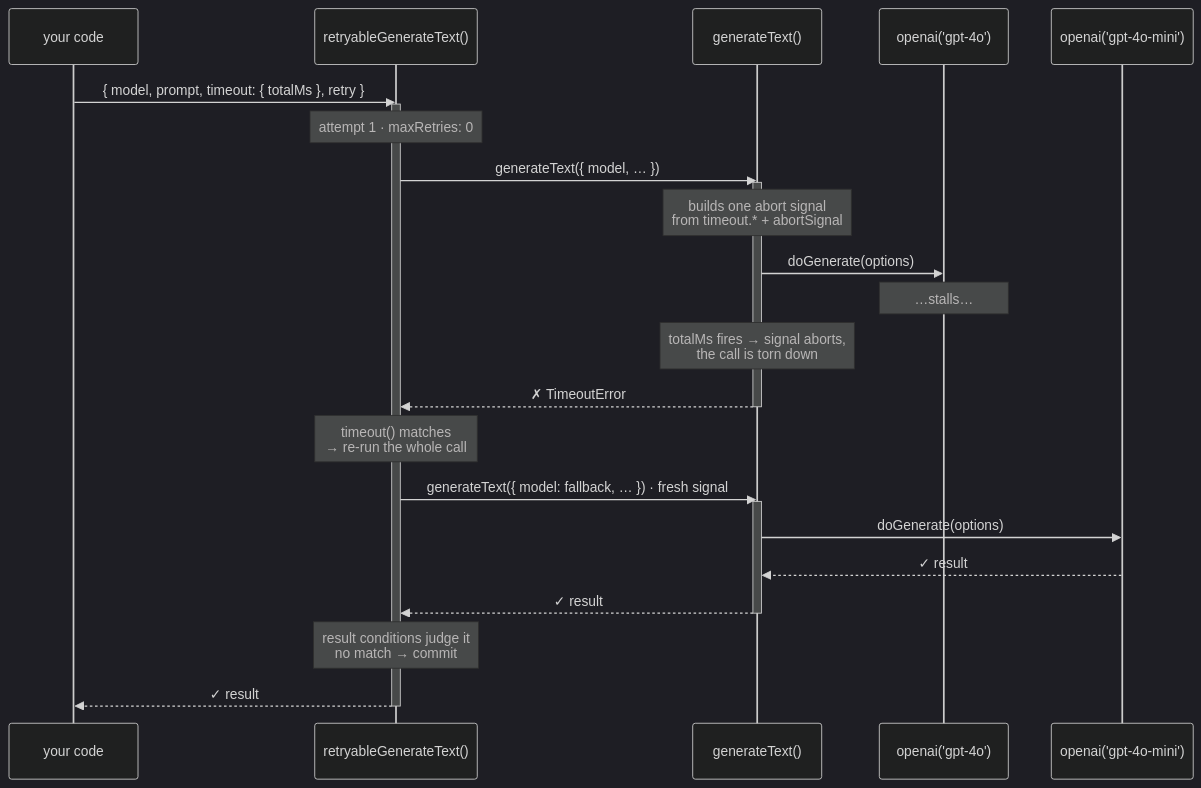
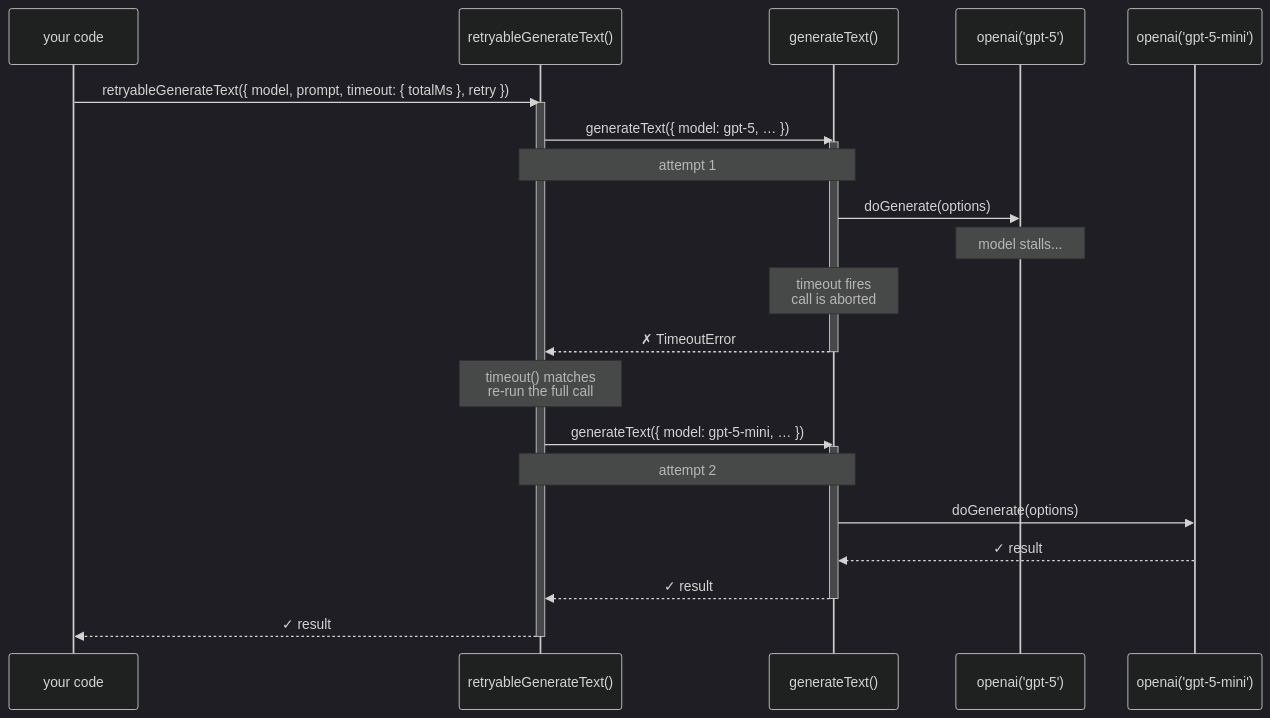
The second of 2 diagrams in README.md (zirkelc/ai-retry), drawn with Mermaid (dark theme) before and after one commit. The commit also changed other lines of this file, not shown here.

````diff
--- a/README.md
+++ b/README.md
@@ -70,34 +69,33 @@
 ```mermaid
 sequenceDiagram
     participant You as your code
     participant RC as retryableGenerateText()
     participant SDK as generateText()
-    participant M as openai('gpt-4o')
-    participant F as openai('gpt-4o-mini')
+    participant M as openai('gpt-5')
+    participant F as openai('gpt-5-mini')
 
-    You->>RC: { model, prompt, timeout: { totalMs }, retry }
+    You->>RC: retryableGenerateText({ model, prompt, timeout: { totalMs }, retry })
     activate RC
-    Note over RC: attempt 1 · maxRetries: 0
-
-    RC->>SDK: generateText({ model, … })
+    
+    RC->>SDK: generateText({ model: gpt-5, … })
     activate SDK
-    Note over SDK: builds one abort signal<br/>from timeout.* + abortSignal
+    Note over RC,SDK: attempt 1
     SDK->>M: doGenerate(options)
-    Note over M: …stalls…
-    Note over SDK: totalMs fires → signal aborts,<br/>the call is torn down
+    Note over M: model stalls...
+    Note over SDK: timeout fires <br/>call is aborted
     SDK-->>RC: ✗ TimeoutError
     deactivate SDK
 
-    Note over RC: timeout() matches<br/>→ re-run the whole call
+    Note over RC: timeout() matches<br/>re-run the full call
 
-    RC->>SDK: generateText({ model: fallback, … }) · fresh signal
+    RC->>SDK: generateText({ model: gpt-5-mini, … })
     activate SDK
+    Note over RC,SDK: attempt 2
     SDK->>F: doGenerate(options)
     F-->>SDK: ✓ result
     SDK-->>RC: ✓ result
     deactivate SDK
 
-    Note over RC: result conditions judge it<br/>no match → commit
     RC-->>You: ✓ result
     deactivate RC
 ```
````
